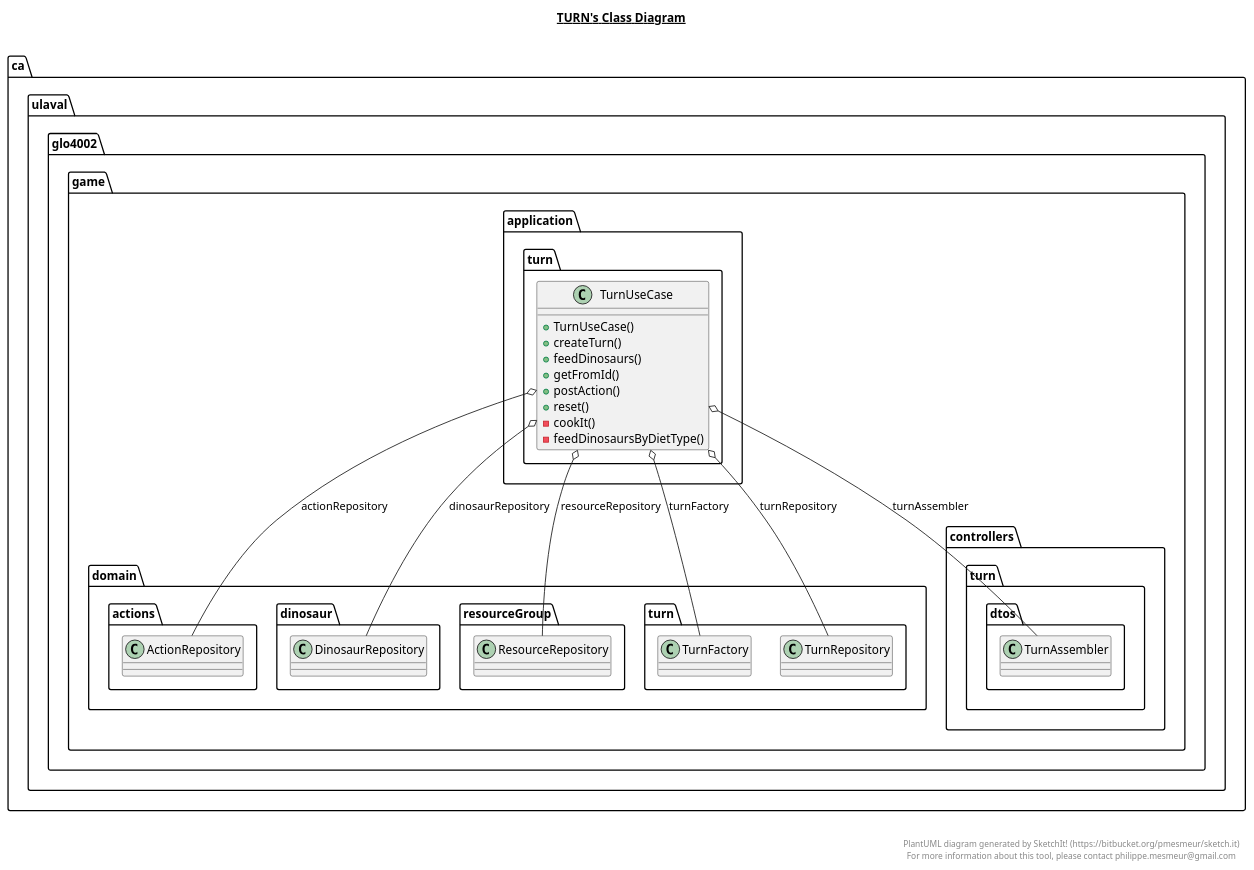
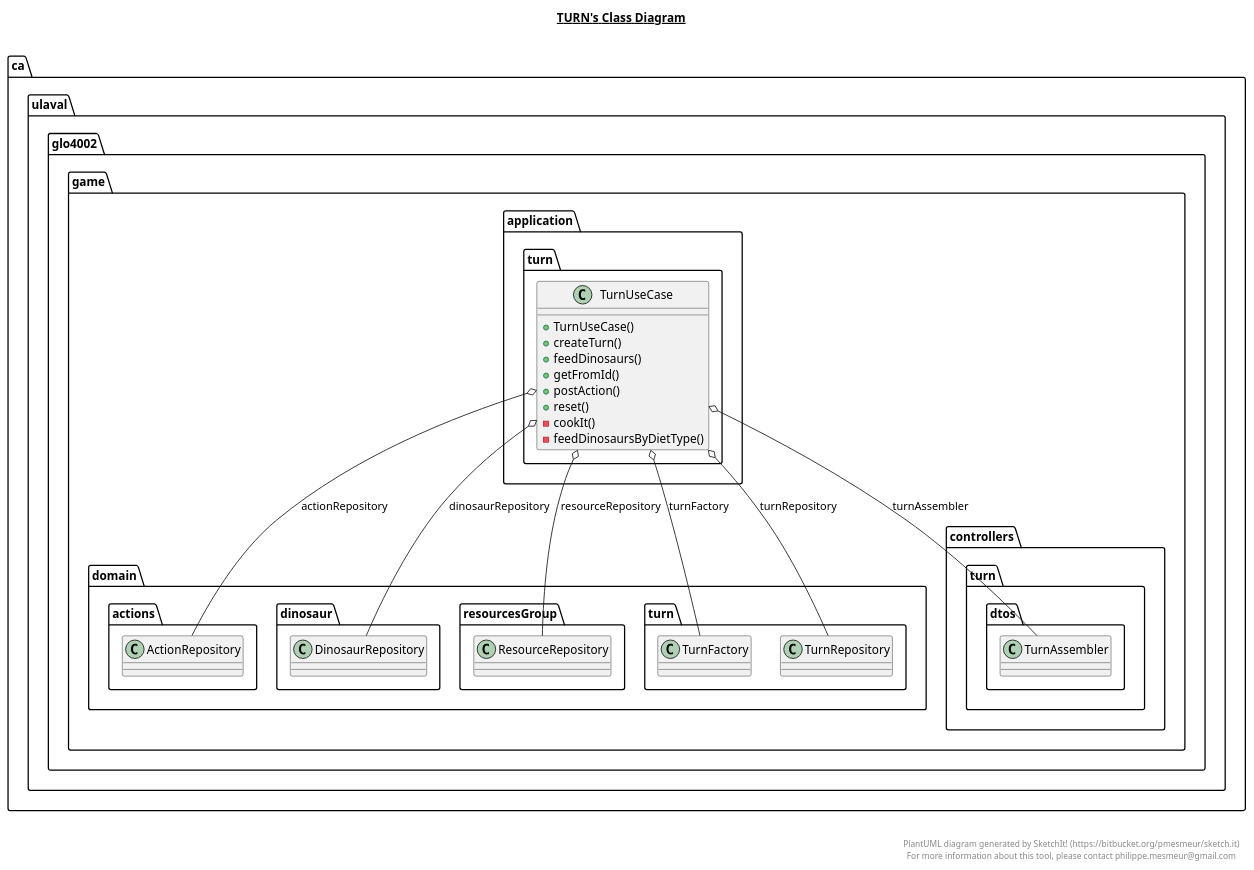
Before and after one commit to MALEC321/MEP7: the diagram in game-api/src/main/java/ca/ulaval/glo4002/game/application/turn/turn.plantuml, drawn with PlantUML. The commit also changed 26 other files, not shown here.

```diff
--- a/game-api/src/main/java/ca/ulaval/glo4002/game/application/turn/turn.plantuml
+++ b/game-api/src/main/java/ca/ulaval/glo4002/game/application/turn/turn.plantuml
@@ -1,36 +1,36 @@
 @startuml
 
 title __TURN's Class Diagram__\n
 
     namespace ca.ulaval.glo4002.game {
       namespace application.turn {
         class ca.ulaval.glo4002.game.application.turn.TurnUseCase {
             + TurnUseCase()
             + createTurn()
             + feedDinosaurs()
             + getFromId()
             + postAction()
             + reset()
             - cookIt()
             - feedDinosaursByDietType()
         }
       }
     }
   
 
   ca.ulaval.glo4002.game.application.turn.TurnUseCase o-- ca.ulaval.glo4002.game.domain.actions.ActionRepository : actionRepository
   ca.ulaval.glo4002.game.application.turn.TurnUseCase o-- ca.ulaval.glo4002.game.domain.dinosaur.DinosaurRepository : dinosaurRepository
-  ca.ulaval.glo4002.game.application.turn.TurnUseCase o-- ca.ulaval.glo4002.game.domain.resourceGroup.ResourceRepository : resourceRepository
+  ca.ulaval.glo4002.game.application.turn.TurnUseCase o-- ca.ulaval.glo4002.game.domain.resourcesGroup.ResourceRepository : resourceRepository
   ca.ulaval.glo4002.game.application.turn.TurnUseCase o-- ca.ulaval.glo4002.game.controllers.turn.dtos.TurnAssembler : turnAssembler
   ca.ulaval.glo4002.game.application.turn.TurnUseCase o-- ca.ulaval.glo4002.game.domain.turn.TurnFactory : turnFactory
   ca.ulaval.glo4002.game.application.turn.TurnUseCase o-- ca.ulaval.glo4002.game.domain.turn.TurnRepository : turnRepository
 
 
 right footer
 
 
 PlantUML diagram generated by SketchIt! (https://bitbucket.org/pmesmeur/sketch.it)
 For more information about this tool, please contact philippe.mesmeur@gmail.com
 endfooter
 
 @enduml
```
